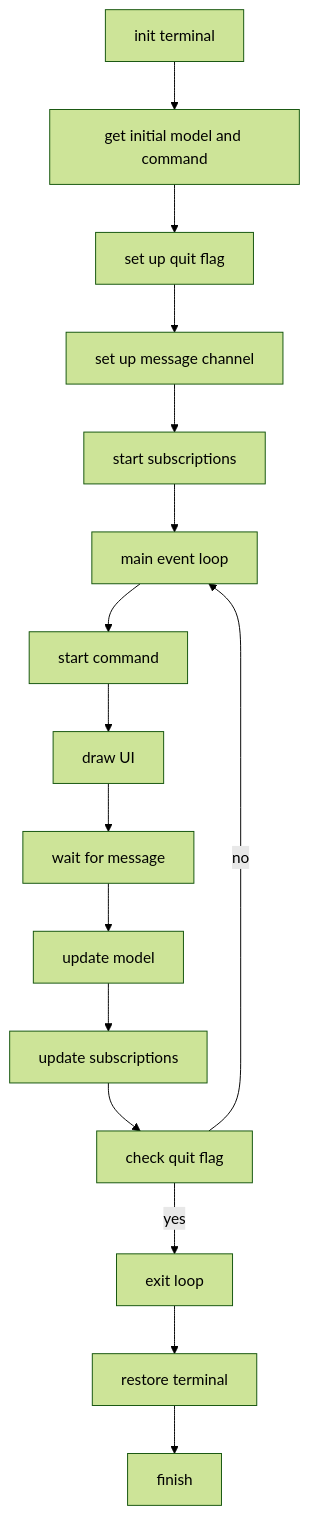
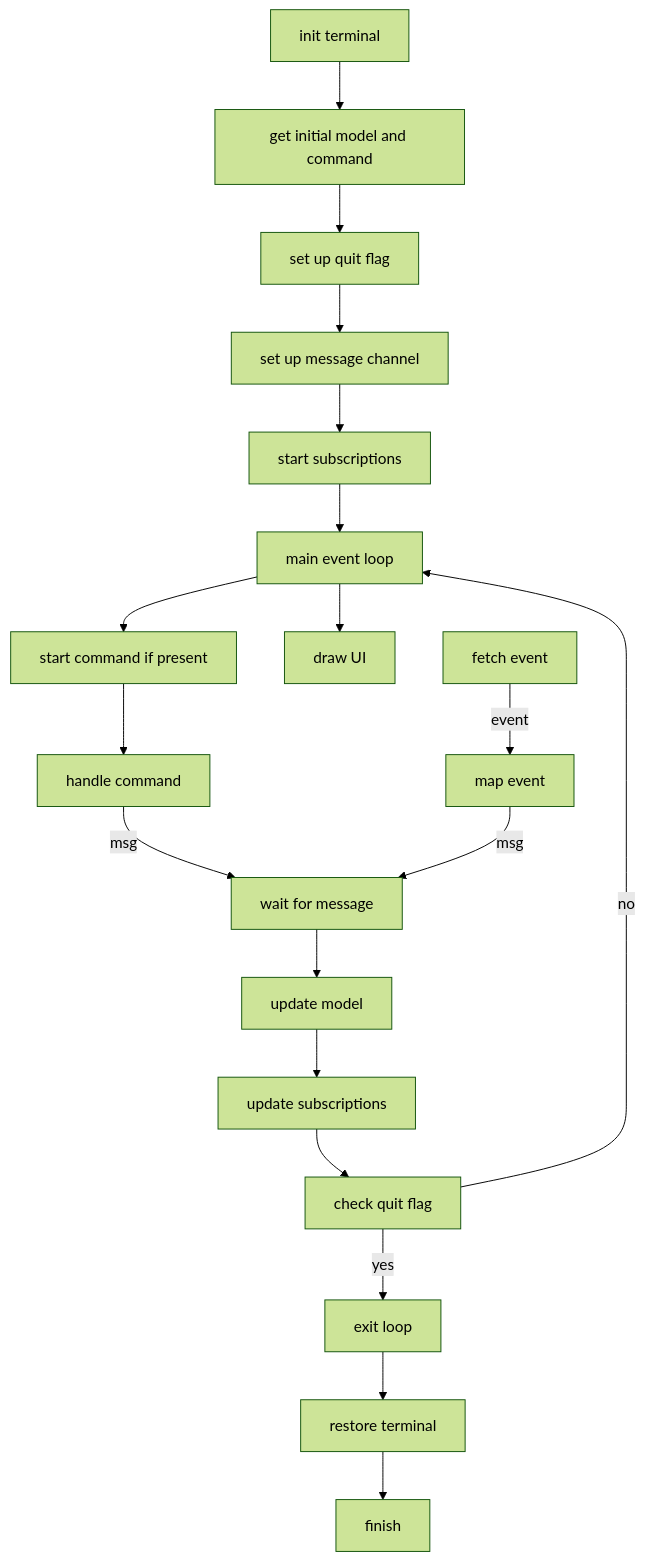
Before and after one commit to jacobat/rustey: the diagram in README.md, drawn with Mermaid (forest theme).

Commit message:
Update diagram

````diff
--- a/README.md
+++ b/README.md
@@ -152,24 +152,31 @@
 ```mermaid
 flowchart TD
     init_terminal["init terminal"]
     init_app["get initial model and command"]
     create_quitflag["set up quit flag"]
     make_channel["set up message channel"]
     start_subs["start subscriptions"]
     main_loop["main event loop"]
-    start_cmd["start command"]
+    start_cmd["start command if present"]
+    handle_cmd["handle command"]
     draw_ui["draw UI"]
     recv_msg["wait for message"]
     update_model["update model"]
     update_subs["update subscriptions"]
     check_quit["check quit flag"]
     break_loop["exit loop"]
     restore_terminal["restore terminal"]
     return_ok["finish"]
+    fetch_event["fetch event"]
+    map_event["map event"]
 
     init_terminal --> init_app --> create_quitflag --> make_channel --> start_subs --> main_loop
-    main_loop --> start_cmd --> draw_ui --> recv_msg --> update_model
+    main_loop --> start_cmd
+    main_loop --> draw_ui
+    start_cmd --> handle_cmd -- msg --> recv_msg
+    recv_msg --> update_model
     update_model --> update_subs --> check_quit
     check_quit -- "yes" --> break_loop --> restore_terminal --> return_ok
     check_quit -- "no" --> main_loop
+    fetch_event -- "event" --> map_event -- "msg" --> recv_msg
 ```
````
